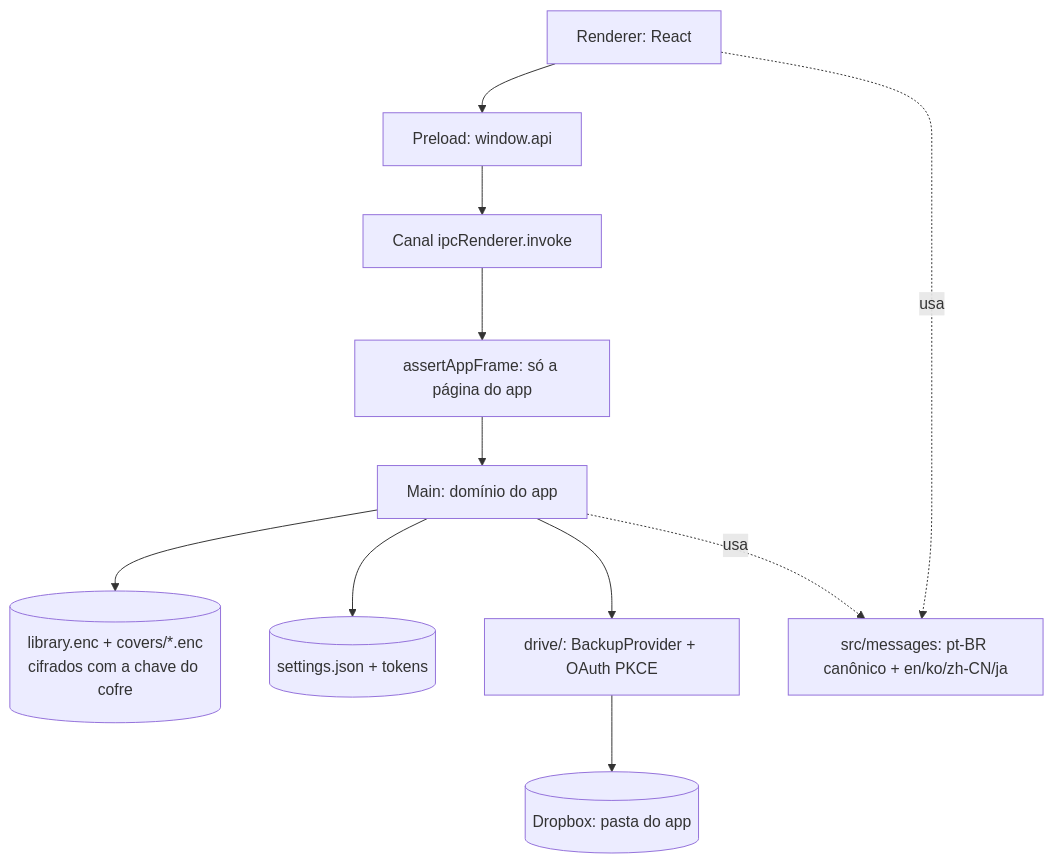
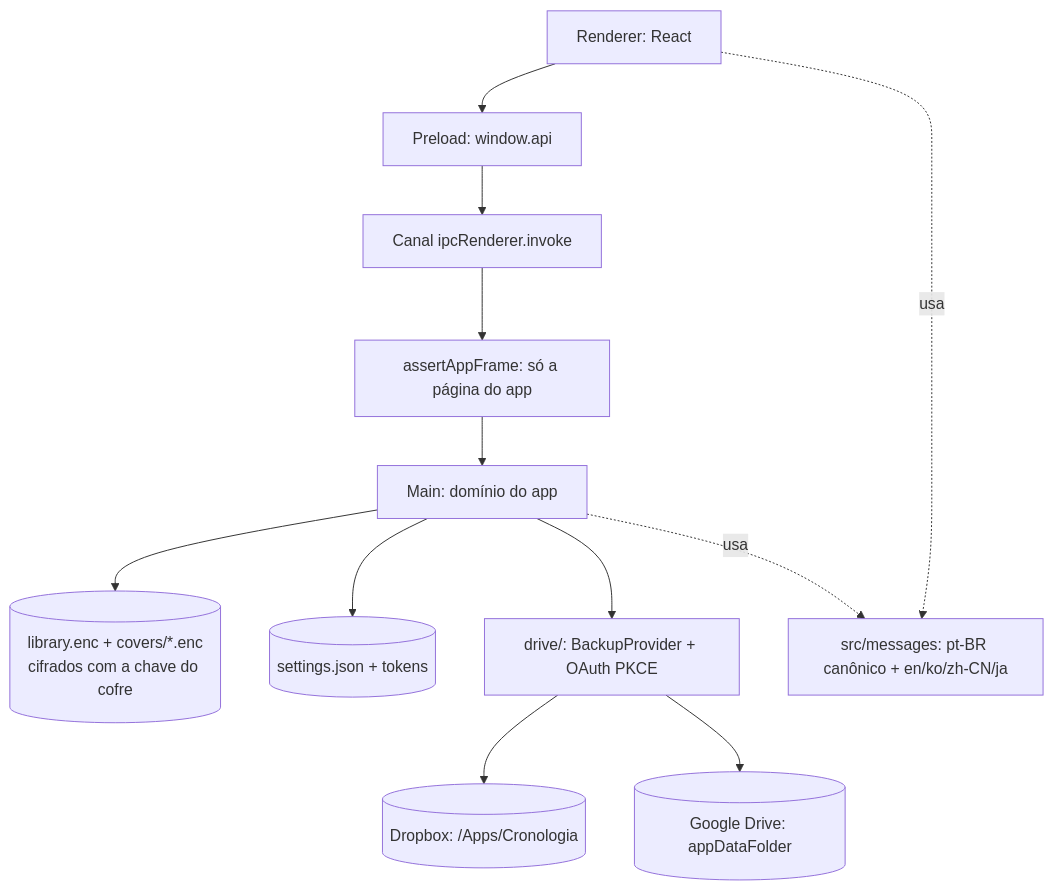
One commit to user-nome/cronologia changed the first of 2 diagrams in docs/arquitetura.md. Above: the diagram before and after it, drawn with Mermaid. The commit also changed other lines of this file and 98 other files, not shown here.

````diff
--- a/docs/arquitetura.md
+++ b/docs/arquitetura.md
@@ -3,13 +3,14 @@
 ```mermaid
 flowchart TB
     UI[Renderer: React] --> Preload[Preload: window.api]
     Preload --> IPC[Canal ipcRenderer.invoke]
     IPC --> Guarda[assertAppFrame: só a página do app]
     Guarda --> Main[Main: domínio do app]
     Main --> Lib[(library.enc + covers/*.enc<br/>cifrados com a chave do cofre)]
     Main --> Cfg[(settings.json + tokens)]
     Main --> Drive[drive/: BackupProvider + OAuth PKCE]
-    Drive --> Cloud[(Dropbox: pasta do app)]
+    Drive --> Dropbox[(Dropbox: /Apps/Cronologia)]
+    Drive --> Google[(Google Drive: appDataFolder)]
     UI -. usa .-> Msgs[src/messages: pt-BR canônico + en/ko/zh-CN/ja]
     Main -. usa .-> Msgs
 ```
````
